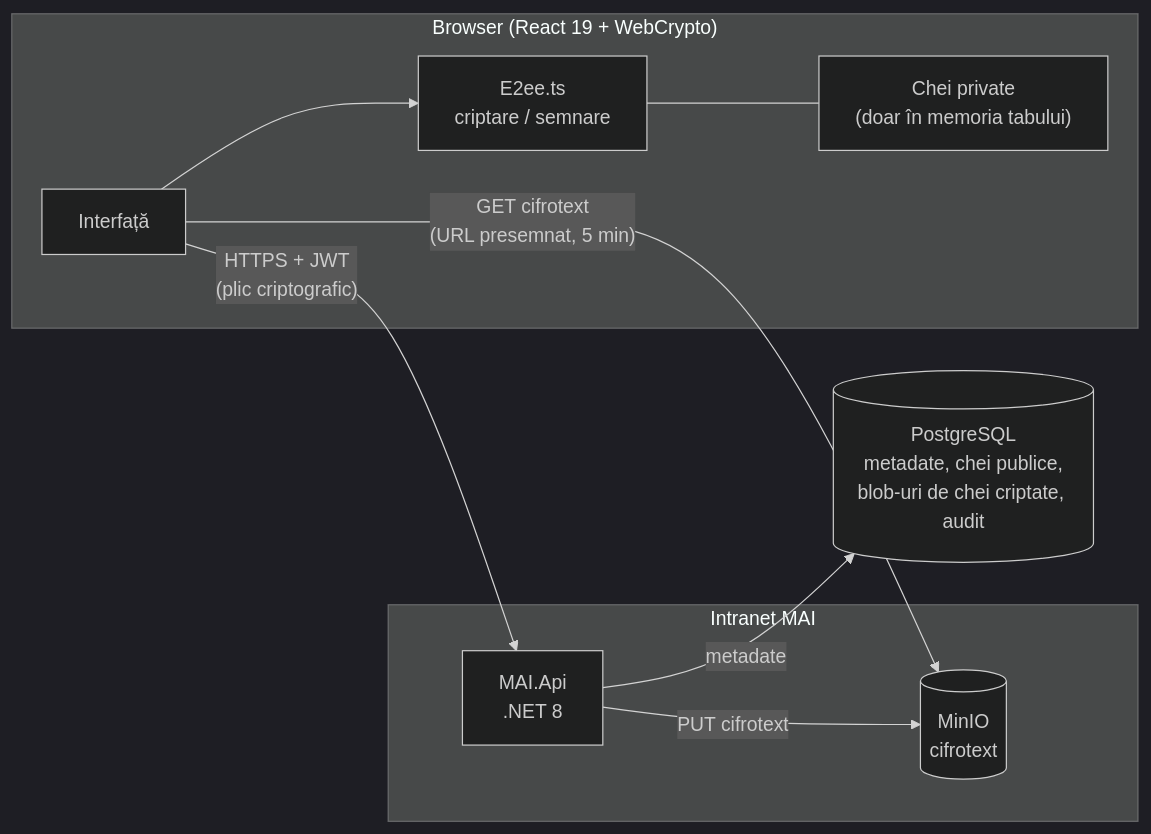
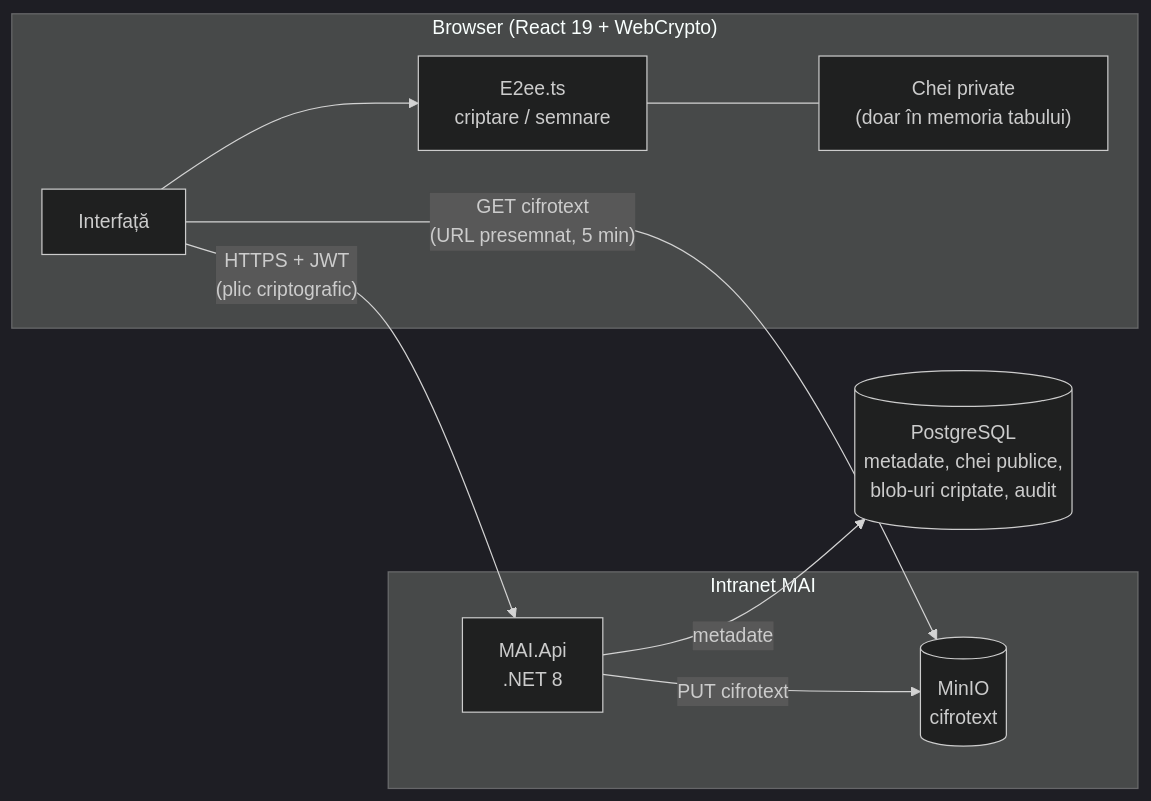
One commit to Danielus-hehe/mai-secure-platform changed the first of 5 diagrams in README.md. Above: the diagram before and after it, drawn with Mermaid (dark theme). The commit also changed other lines of this file, not shown here.

````diff
--- a/README.md
+++ b/README.md
@@ -64,22 +63,22 @@
 ```mermaid
 flowchart LR
     subgraph Browser["Browser (React 19 + WebCrypto)"]
         UI[Interfață]
         CR["E2ee.ts<br/>criptare / semnare"]
         KM["Chei private<br/>(doar în memoria tabului)"]
     end
 
     subgraph Intranet["Intranet MAI"]
         API["MAI.Api<br/>.NET 8"]
         MINIO[("MinIO<br/>cifrotext")]
     end
 
-    DB[("PostgreSQL<br/>metadate, chei publice,<br/>blob-uri de chei criptate, audit")]
+    DB[("PostgreSQL<br/>metadate, chei publice,<br/>blob-uri criptate, audit")]
 
     UI --> CR
     CR --- KM
     UI -- "HTTPS + JWT<br/>(plic criptografic)" --> API
     API -- "metadate" --> DB
     API -- "PUT cifrotext" --> MINIO
     UI -- "GET cifrotext<br/>(URL presemnat, 5 min)" --> MINIO
 ```
````
